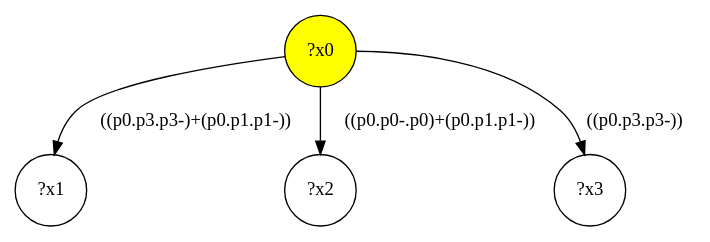
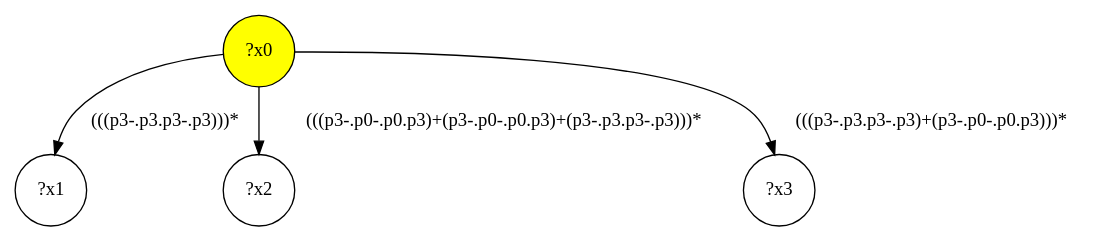
One commit to gbagan/gmark changed the diagram in src/queryinterface/interface-queries/query-38.dot. Above: the diagram before and after it, drawn with Graphviz. The commit also changed 154 other files, not shown here.

```diff
--- a/src/queryinterface/interface-queries/query-38.dot
+++ b/src/queryinterface/interface-queries/query-38.dot
@@ -1,9 +1,9 @@
 digraph g {
 	x0 [fillcolor="yellow", style="filled," shape=circle, label="?x0"];
 	x1 [shape=circle, label="?x1"];
-	x0 -> x1 [label="((p0.p3.p3-)+(p0.p1.p1-))"];
+	x0 -> x1 [label="(((p3-.p3.p3-.p3)))*"];
 	x2 [shape=circle, label="?x2"];
-	x0 -> x2 [label="((p0.p0-.p0)+(p0.p1.p1-))"];
+	x0 -> x2 [label="(((p3-.p0-.p0.p3)+(p3-.p0-.p0.p3)+(p3-.p3.p3-.p3)))*"];
 	x3 [shape=circle, label="?x3"];
-	x0 -> x3 [label="((p0.p3.p3-))"];
+	x0 -> x3 [label="(((p3-.p3.p3-.p3)+(p3-.p0-.p0.p3)))*"];
 }
```
